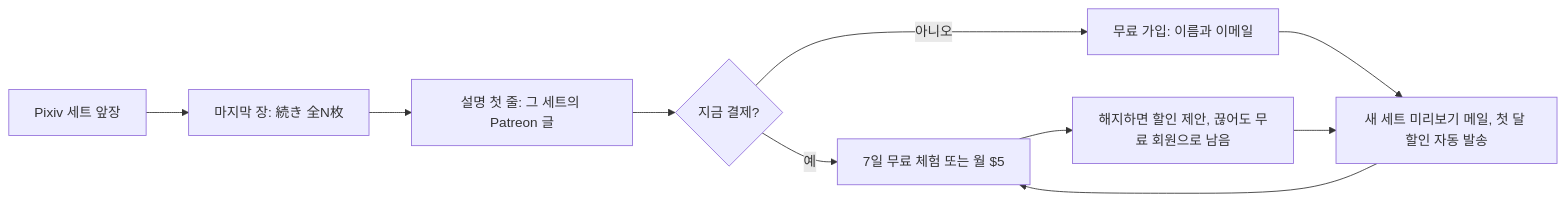
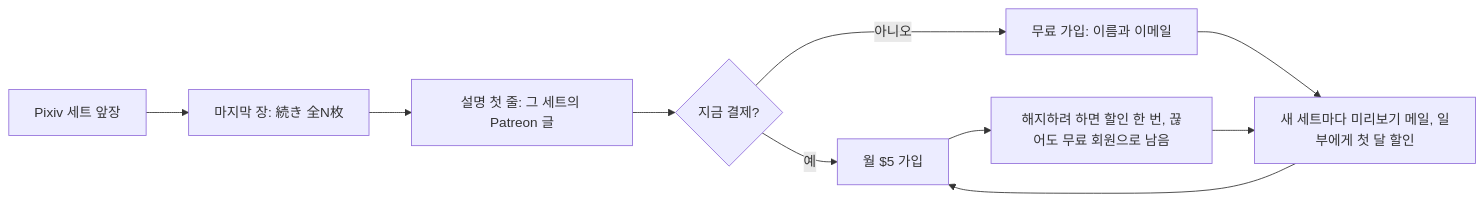
Before and after one commit to harisbaguette/Business-Strategy: the diagram in 전략서/페티쉬 이미지 생성기/전략서.md, drawn with Mermaid. The commit also changed other lines of this file and 2 other files, not shown here.

````diff
--- a/전략서/페티쉬 이미지 생성기/전략서.md
+++ b/전략서/페티쉬 이미지 생성기/전략서.md
@@ -142,12 +142,12 @@
 ```mermaid
 flowchart LR
     A[Pixiv 세트 앞장] --> B[마지막 장: 続き 全N枚]
     B --> C[설명 첫 줄: 그 세트의 Patreon 글]
     C --> D{지금 결제?}
-    D -- 예 --> E[7일 무료 체험 또는 월 $5]
+    D -- 예 --> E[월 $5 가입]
     D -- 아니오 --> F[무료 가입: 이름과 이메일]
-    F --> G[새 세트 미리보기 메일, 첫 달 할인 자동 발송]
+    F --> G[새 세트마다 미리보기 메일, 일부에게 첫 달 할인]
     G --> E
-    E --> H[해지하면 할인 제안, 끊어도 무료 회원으로 남음]
+    E --> H[해지하려 하면 할인 한 번, 끊어도 무료 회원으로 남음]
     H --> G
 ```
````
